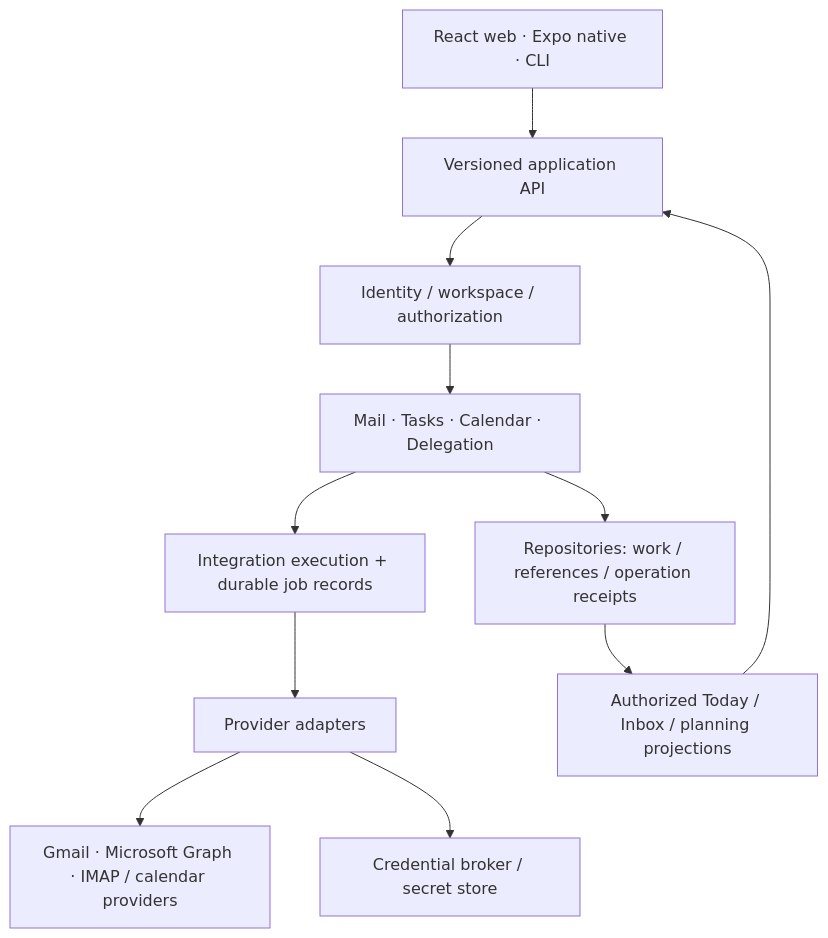
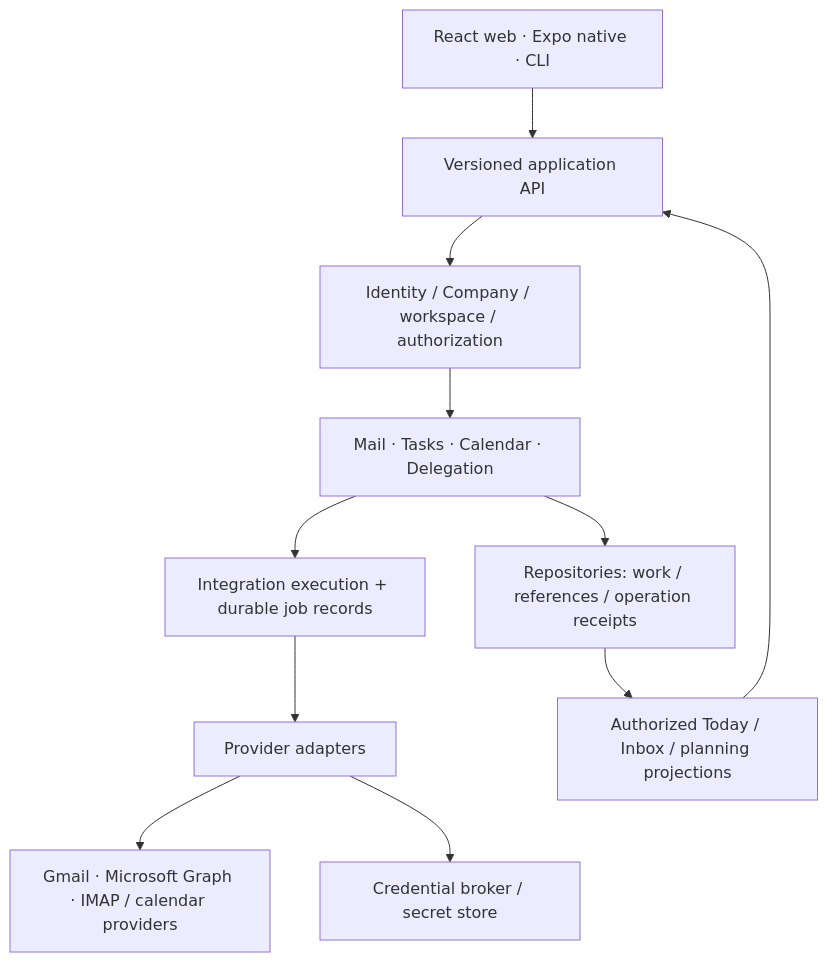
Before and after one commit to scwlkr/openjob: the second of 2 diagrams in docs/PLATFORM_ARCHITECTURE.md, drawn with Mermaid. The commit also changed other lines of this file and 6 other files, not shown here.

Commit message:
docs(WLK-310): center Company ownership and multi-company identity

````diff
--- a/docs/PLATFORM_ARCHITECTURE.md
+++ b/docs/PLATFORM_ARCHITECTURE.md
@@ -102,13 +102,13 @@
 ```mermaid
 flowchart TB
   Clients[React web · Expo native · CLI] --> API[Versioned application API]
-  API --> Auth[Identity / workspace / authorization]
+  API --> Auth[Identity / Company / workspace / authorization]
   Auth --> Domains[Mail · Tasks · Calendar · Delegation]
   Domains --> Store[Repositories: work / references / operation receipts]
   Domains --> Jobs[Integration execution + durable job records]
   Jobs --> Connectors[Provider adapters]
   Connectors --> External[Gmail · Microsoft Graph · IMAP / calendar providers]
   Connectors --> Vault[Credential broker / secret store]
   Store --> Views[Authorized Today / Inbox / planning projections]
   Views --> API
 ```
````
